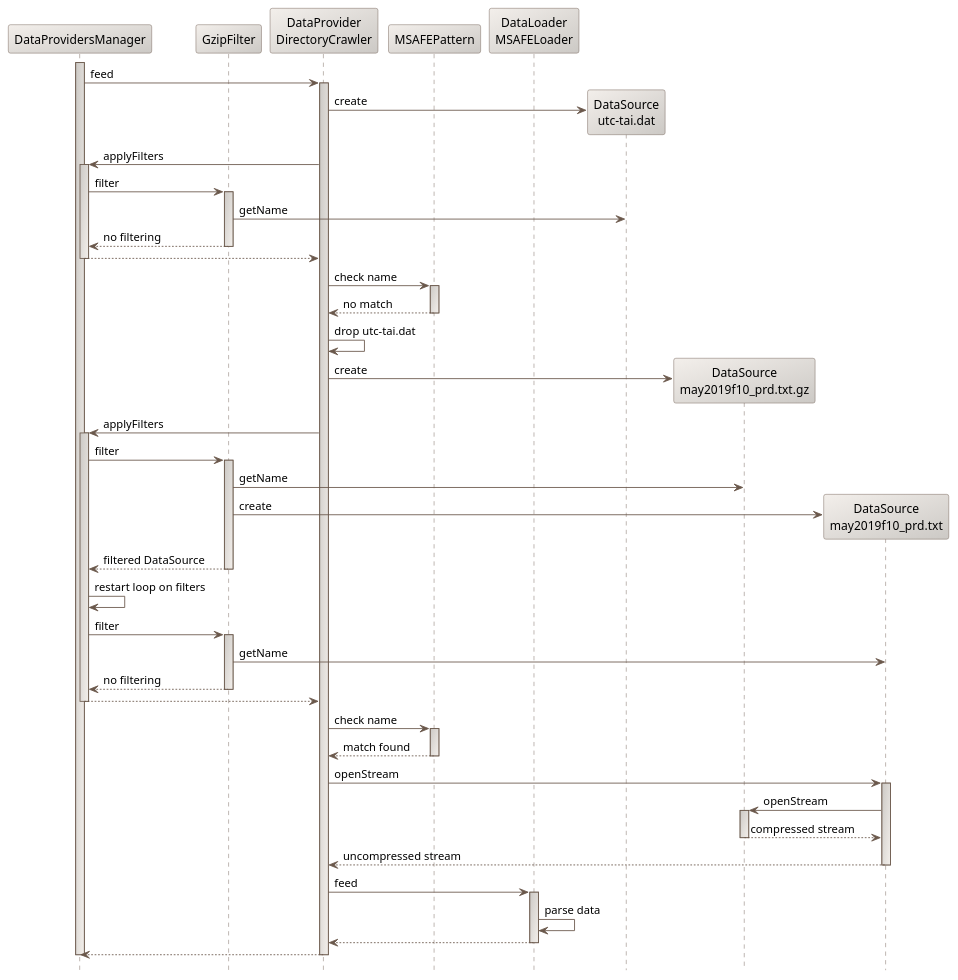
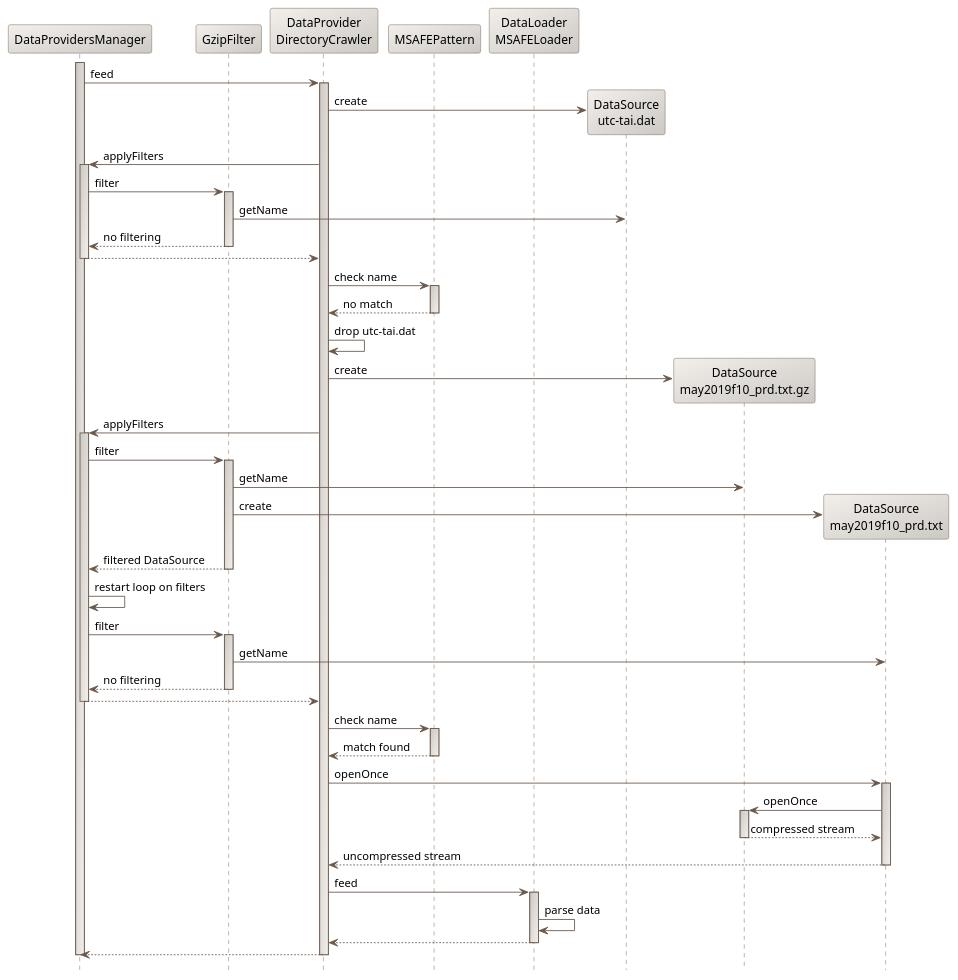
The diagram in src/design/data-filtering-sequence-diagram.puml (CS-SI/Orekit), drawn with PlantUML before and after one commit. The commit also changed 7 other files, not shown here.

```diff
--- a/src/design/data-filtering-sequence-diagram.puml
+++ b/src/design/data-filtering-sequence-diagram.puml
@@ -17,86 +17,86 @@
 @startuml
 
   skinparam svek                                true
   skinparam NoteBackgroundColor                 #F3EFEB
   skinparam NoteBorderColor                     #691616
   skinparam NoteFontColor                       #691616
   skinparam SequenceActorBorderColor            #6A584B
   skinparam SequenceParticipantBackgroundColor  #F3EFEB/CCC9C5
   skinparam SequenceParticipantBorderColor      #6A584B
   skinparam SequenceLifeLineBackgroundColor     #CCC9C5/F3EFEB
   skinparam SequenceLifeLineBorderColor         #6A584B
   skinparam SequenceArrowColor                  #6A584B
   skinparam SequenceBorderColor                 #6A584B
   skinparam SequenceFontSize                    11
 
   hide footbox
 
   participant DataProvidersManager
   participant GzipFilter
   participant "DataProvider\nDirectoryCrawler" as DirectoryCrawler
   participant MSAFEPattern
   participant "DataLoader\nMSAFELoader" as MSAFELoader
   participant "DataSource\nutc-tai.dat" as DataSource1
   participant "DataSource\nmay2019f10_prd.txt.gz" as DataSource2
   participant "DataSource\nmay2019f10_prd.txt" as DataSource3
 
   activate DataProvidersManager
     DataProvidersManager -> DirectoryCrawler : feed
     activate DirectoryCrawler
       create DataSource1
       DirectoryCrawler                    ->           DataSource1 : create
       DirectoryCrawler                    ->         DataProvidersManager : applyFilters
       activate DataProvidersManager
         DataProvidersManager  -> GzipFilter : filter
         activate GzipFilter
           GzipFilter -> DataSource1 : getName
           return no filtering
         deactivate GzipFilter
         DataProvidersManager                    -->         DirectoryCrawler
       deactivate DataProvidersManager
       DirectoryCrawler -> MSAFEPattern : check name
       activate MSAFEPattern
         MSAFEPattern --> DirectoryCrawler : no match
       deactivate MSAFEPattern
       DirectoryCrawler -> DirectoryCrawler : drop utc-tai.dat
       create DataSource2
       DirectoryCrawler                    ->           DataSource2 : create
       DirectoryCrawler                    ->         DataProvidersManager : applyFilters
       activate DataProvidersManager
         DataProvidersManager  -> GzipFilter : filter
         activate GzipFilter
           GzipFilter -> DataSource2 : getName
           create DataSource3
            GzipFilter -> DataSource3 : create
           return filtered DataSource
         deactivate GzipFilter
         DataProvidersManager -> DataProvidersManager : restart loop on filters
         DataProvidersManager  -> GzipFilter : filter
         activate GzipFilter
           GzipFilter -> DataSource3 : getName
           return no filtering
         deactivate GzipFilter
         DataProvidersManager                    -->         DirectoryCrawler
       deactivate DataProvidersManager
       DirectoryCrawler -> MSAFEPattern : check name
       activate MSAFEPattern
         MSAFEPattern --> DirectoryCrawler : match found
       deactivate MSAFEPattern
-      DirectoryCrawler -> DataSource3 : openStream
+      DirectoryCrawler -> DataSource3 : openOnce
       activate DataSource3
-        DataSource3 -> DataSource2 : openStream
+        DataSource3 -> DataSource2 : openOnce
         activate DataSource2
           DataSource2 --> DataSource3 : compressed stream
         deactivate DataSource2
           DataSource3 --> DirectoryCrawler : uncompressed stream
       deactivate DataSource3
       DirectoryCrawler -> MSAFELoader : feed
       activate MSAFELoader
         MSAFELoader -> MSAFELoader : parse data
         MSAFELoader --> DirectoryCrawler
       deactivate MSAFELoader
       DirectoryCrawler --> DataProvidersManager
     deactivate DirectoryCrawler
   deactivate DataProvidersManager
 
 @enduml
```
